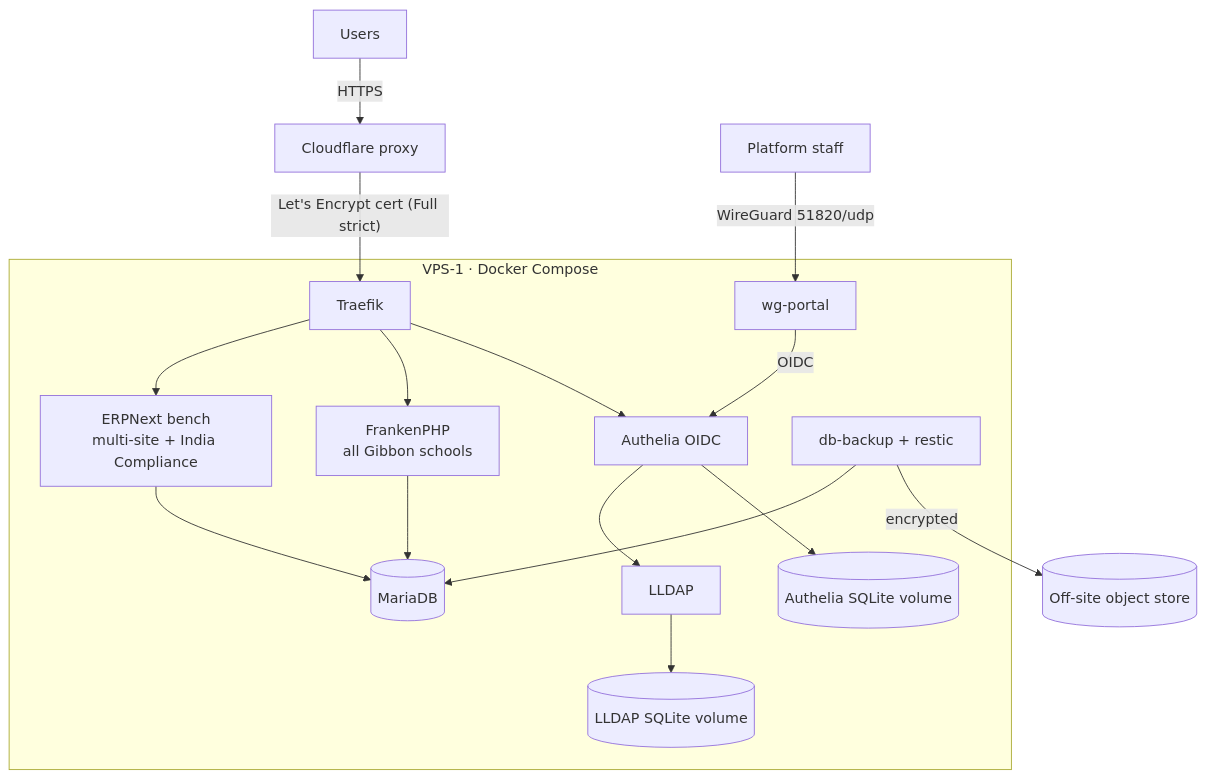
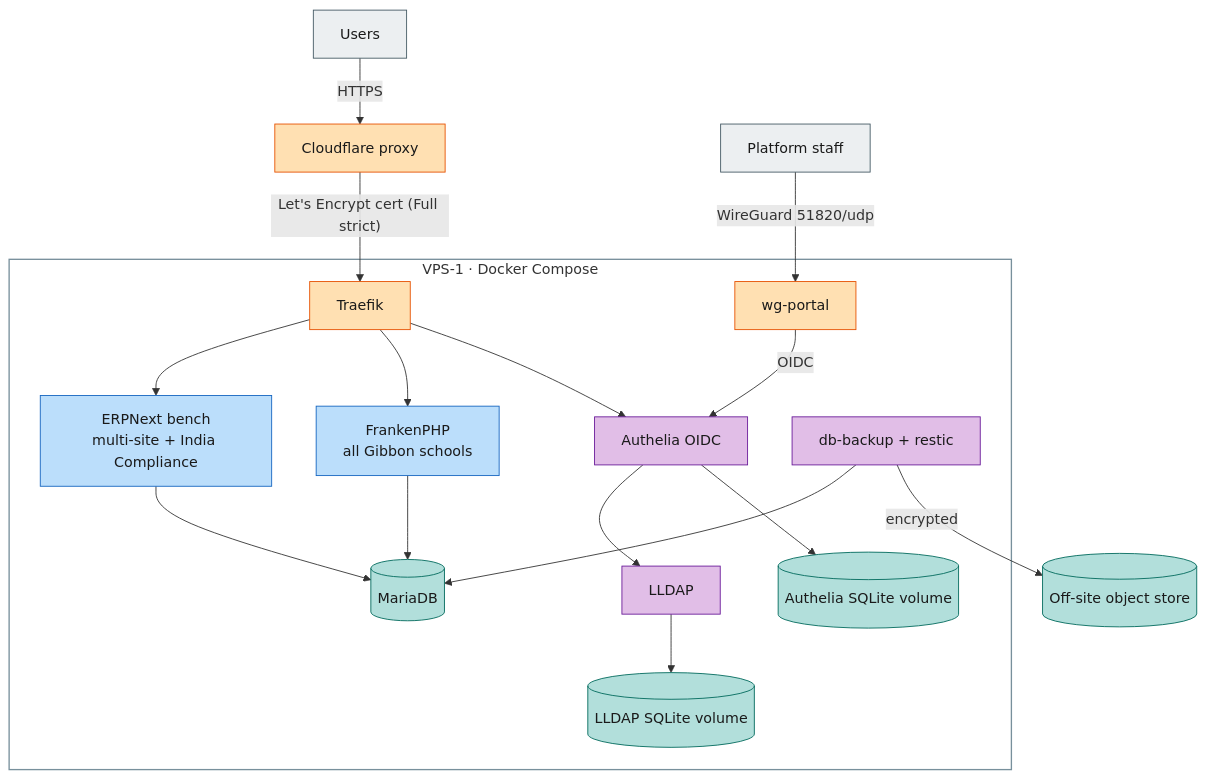
One commit to varunpathania86/nigu-lite changed the second of 23 diagrams in master-plan.md. Above: the diagram before and after it, drawn with Mermaid. The commit also changed other lines of this file and 38 other files, not shown here.

````diff
--- a/master-plan.md
+++ b/master-plan.md
@@ -106,18 +120,29 @@
 ```mermaid
 flowchart TB
   U[Users] -->|HTTPS| CF[Cloudflare proxy] -->|"Let's Encrypt cert (Full strict)"| T[Traefik]
   subgraph VPS-1 [VPS-1 · Docker Compose]
     T --> ERP[ERPNext bench<br/>multi-site + India Compliance]
     T --> GIB[FrankenPHP<br/>all Gibbon schools]
     T --> AUTH[Authelia OIDC]
     AUTH --> LDAP[LLDAP]
     ERP --> MDB[(MariaDB)]
     GIB --> MDB
     AUTH --> ASQL[(Authelia SQLite volume)]
     LDAP --> LSQL[(LLDAP SQLite volume)]
     WG[wg-portal] -->|OIDC| AUTH
     BK[db-backup + restic] --> MDB
   end
   BK -->|encrypted| S3[(Off-site object store)]
   ADM[Platform staff] -->|WireGuard 51820/udp| WG
+  class U,ADM user
+  class CF,T,WG edge
+  class ERP,GIB app
+  class AUTH,LDAP,BK core
+  class MDB,ASQL,LSQL,S3 data
+  style VPS-1 fill:transparent,stroke:#78909c,stroke-width:1.5px
+  classDef user fill:#eceff1,stroke:#455a64,color:#1a1a1a
+  classDef edge fill:#ffe0b2,stroke:#e65100,color:#1a1a1a
+  classDef app fill:#bbdefb,stroke:#1565c0,color:#1a1a1a
+  classDef core fill:#e1bee7,stroke:#6a1b9a,color:#1a1a1a
+  classDef data fill:#b2dfdb,stroke:#00695c,color:#1a1a1a
 ```
````
